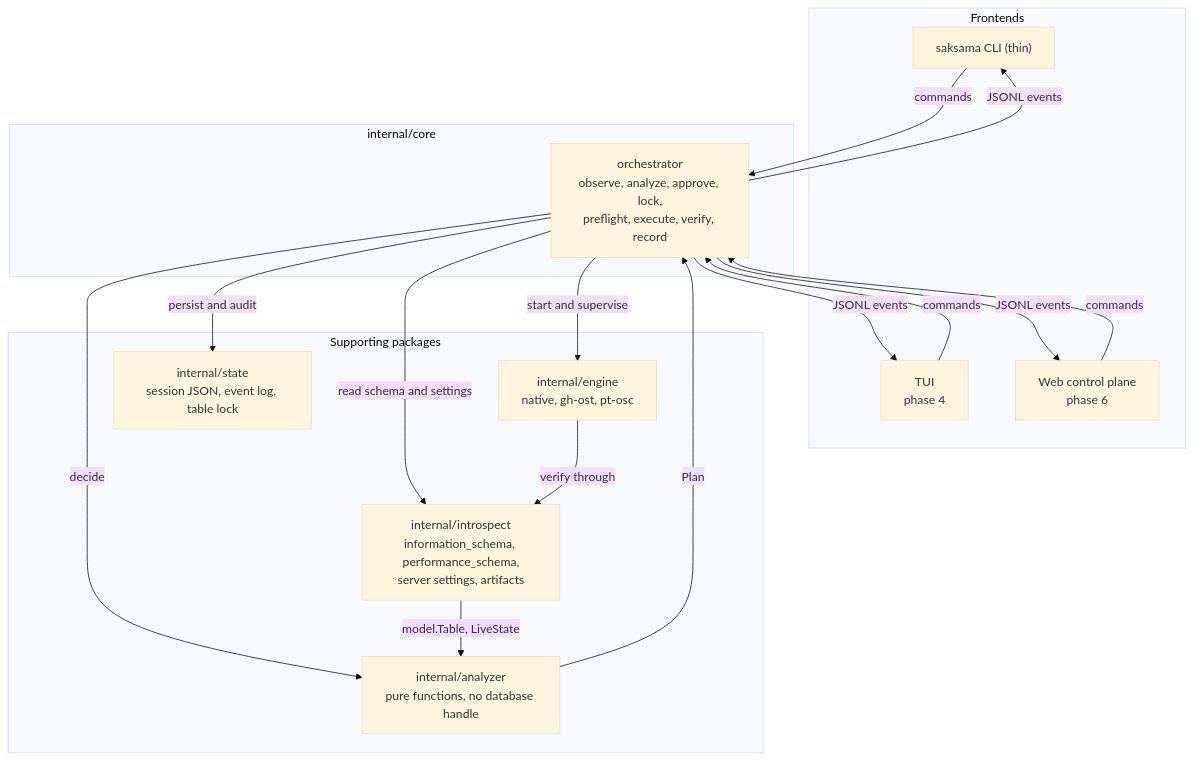
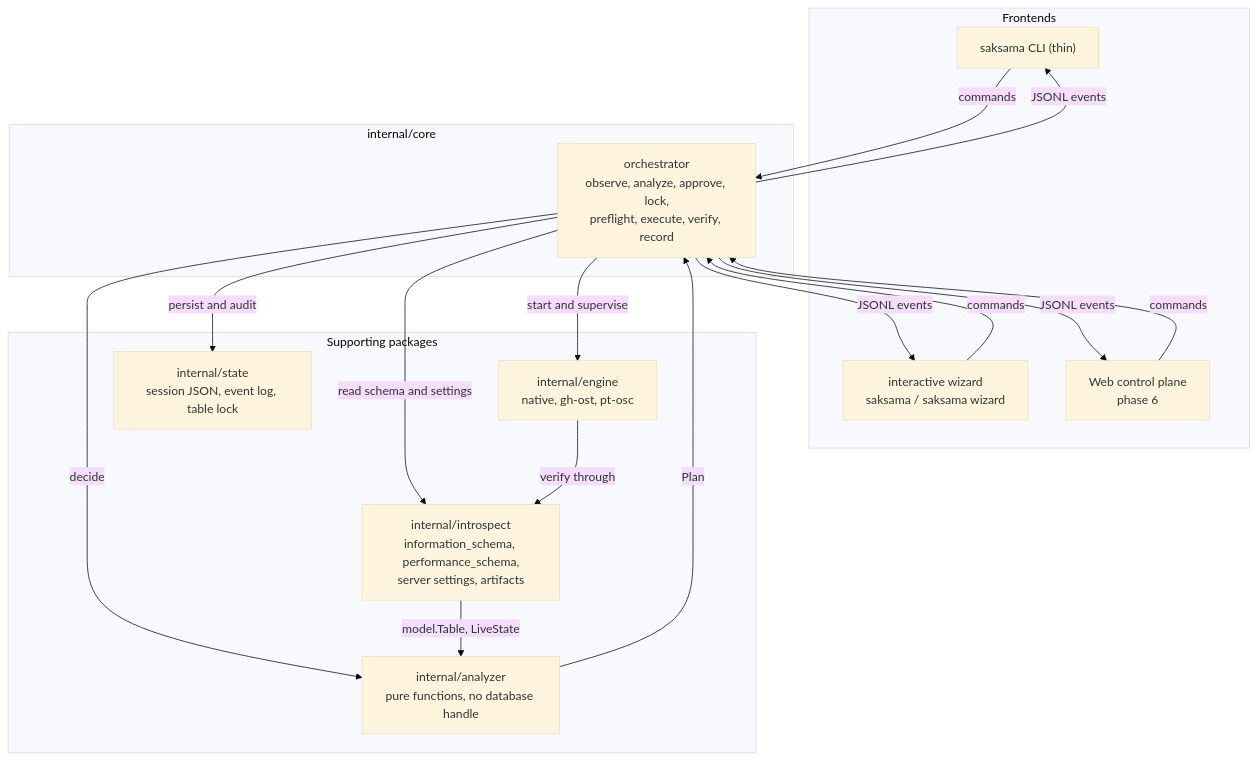
Before and after one commit to perogeremmer/saksama-core: the second of 3 diagrams in ARCHITECTURE.md, drawn with Mermaid (base theme). The commit also changed other lines of this file and 27 other files, not shown here.

First line of the commit message:
feat(wizard): an interactive menu, over a core that CLI, wizard, and agents share

````diff
--- a/ARCHITECTURE.md
+++ b/ARCHITECTURE.md
@@ -136,35 +138,35 @@
 ```mermaid
 flowchart TD
     subgraph clients["Frontends"]
         CLI["saksama CLI (thin)"]
-        TUI["TUI<br/>phase 4"]
+        WIZ["interactive wizard<br/>saksama / saksama wizard"]
         WEB["Web control plane<br/>phase 6"]
     end
 
     subgraph core["internal/core"]
         ORCH["orchestrator<br/>observe, analyze, approve, lock,<br/>preflight, execute, verify, record"]
     end
 
     subgraph support["Supporting packages"]
         INTRO["internal/introspect<br/>information_schema, performance_schema,<br/>server settings, artifacts"]
         AN["internal/analyzer<br/>pure functions, no database handle"]
         ENG["internal/engine<br/>native, gh-ost, pt-osc"]
         ST["internal/state<br/>session JSON, event log, table lock"]
     end
 
     CLI -->|"commands"| ORCH
-    TUI -->|"commands"| ORCH
+    WIZ -->|"commands"| ORCH
     WEB -->|"commands"| ORCH
     ORCH -->|"JSONL events"| CLI
-    ORCH -->|"JSONL events"| TUI
+    ORCH -->|"JSONL events"| WIZ
     ORCH -->|"JSONL events"| WEB
 
     ORCH -->|"read schema and settings"| INTRO
     ORCH -->|"decide"| AN
     ORCH -->|"start and supervise"| ENG
     ORCH -->|"persist and audit"| ST
 
     INTRO -->|"model.Table, LiveState"| AN
     AN -->|"Plan"| ORCH
     ENG -->|"verify through"| INTRO
 ```
````
